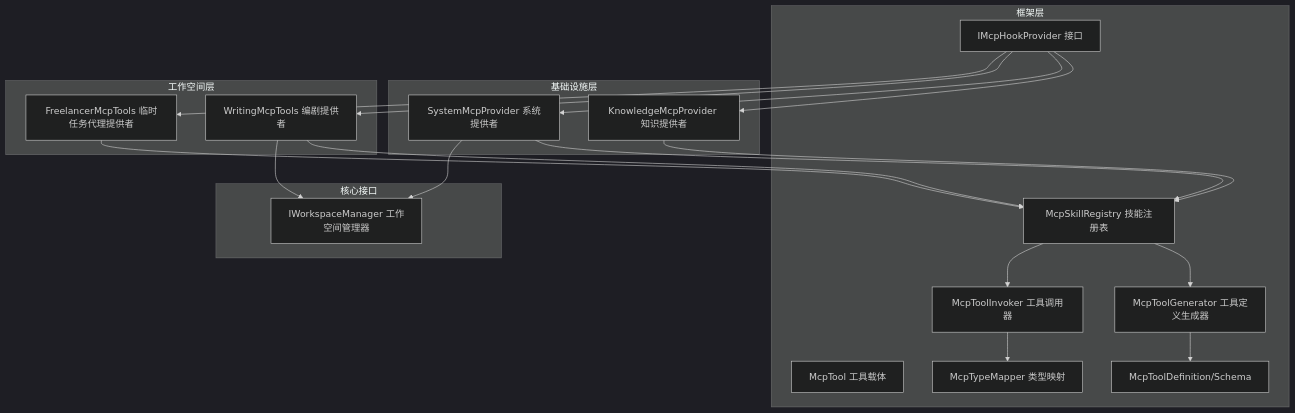
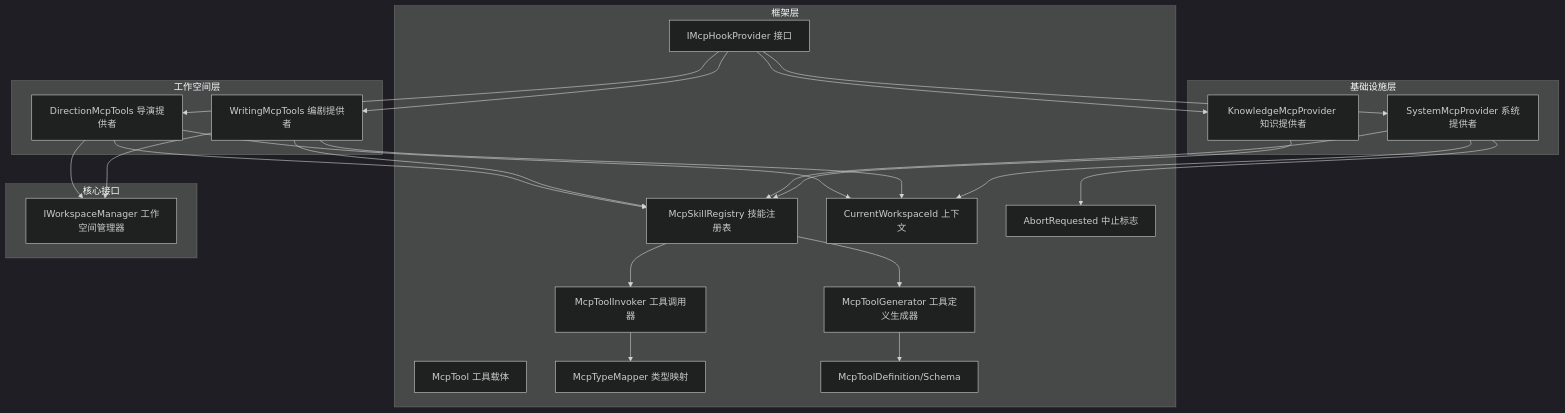
The first of 7 diagrams in .qoder/repowiki/zh/content/基础设施实现/MCP提供者.md (suzvka/NPCLife), drawn with Mermaid (dark theme) before and after one commit. The commit also changed other lines of this file and 25 other files, not shown here.

````diff
--- a/.qoder/repowiki/zh/content/基础设施实现/MCP提供者.md
+++ b/.qoder/repowiki/zh/content/基础设施实现/MCP提供者.md
@@ -46,37 +55,43 @@
 ```mermaid
 graph TB
 subgraph "框架层"
 A["IMcpHookProvider 接口"]
 B["McpTool 工具载体"]
 C["McpToolGenerator 工具定义生成器"]
 D["McpToolInvoker 工具调用器"]
 E["McpSkillRegistry 技能注册表"]
 F["McpTypeMapper 类型映射"]
 G["McpToolDefinition/Schema"]
+H["CurrentWorkspaceId 上下文"]
+I["AbortRequested 中止标志"]
 end
 subgraph "基础设施层"
-H["KnowledgeMcpProvider 知识提供者"]
-I["SystemMcpProvider 系统提供者"]
+J["KnowledgeMcpProvider 知识提供者"]
+K["SystemMcpProvider 系统提供者"]
 end
 subgraph "工作空间层"
-J["WritingMcpTools 编剧提供者"]
-K["FreelancerMcpTools 临时任务代理提供者"]
+L["WritingMcpTools 编剧提供者"]
+M["DirectionMcpTools 导演提供者"]
 end
 subgraph "核心接口"
-L["IWorkspaceManager 工作空间管理器"]
+N["IWorkspaceManager 工作空间管理器"]
 end
-A --> H
-A --> I
 A --> J
 A --> K
-H --> E
-I --> E
+A --> L
+A --> M
 J --> E
 K --> E
+L --> E
+M --> E
 E --> C
 E --> D
 C --> G
 D --> F
-J --> L
-I --> L
+L --> N
+M --> N
+K --> H
+L --> H
+M --> H
+K --> I
 ```
````
